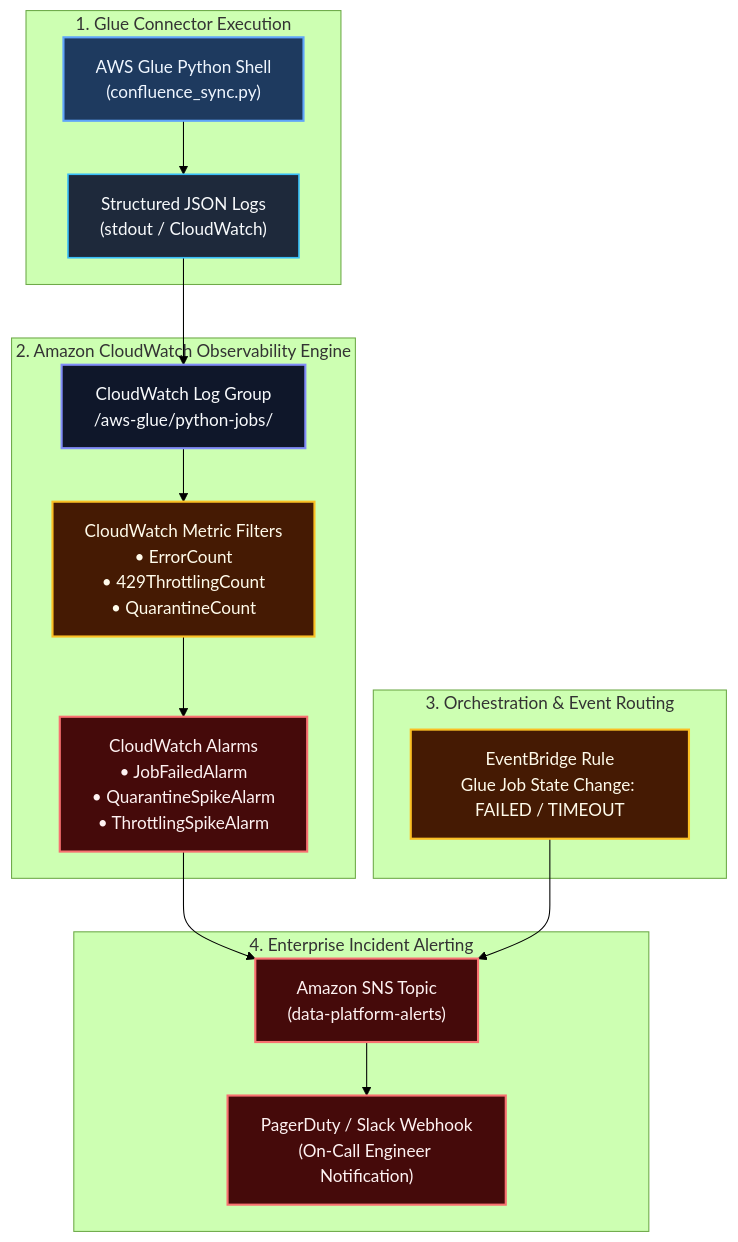
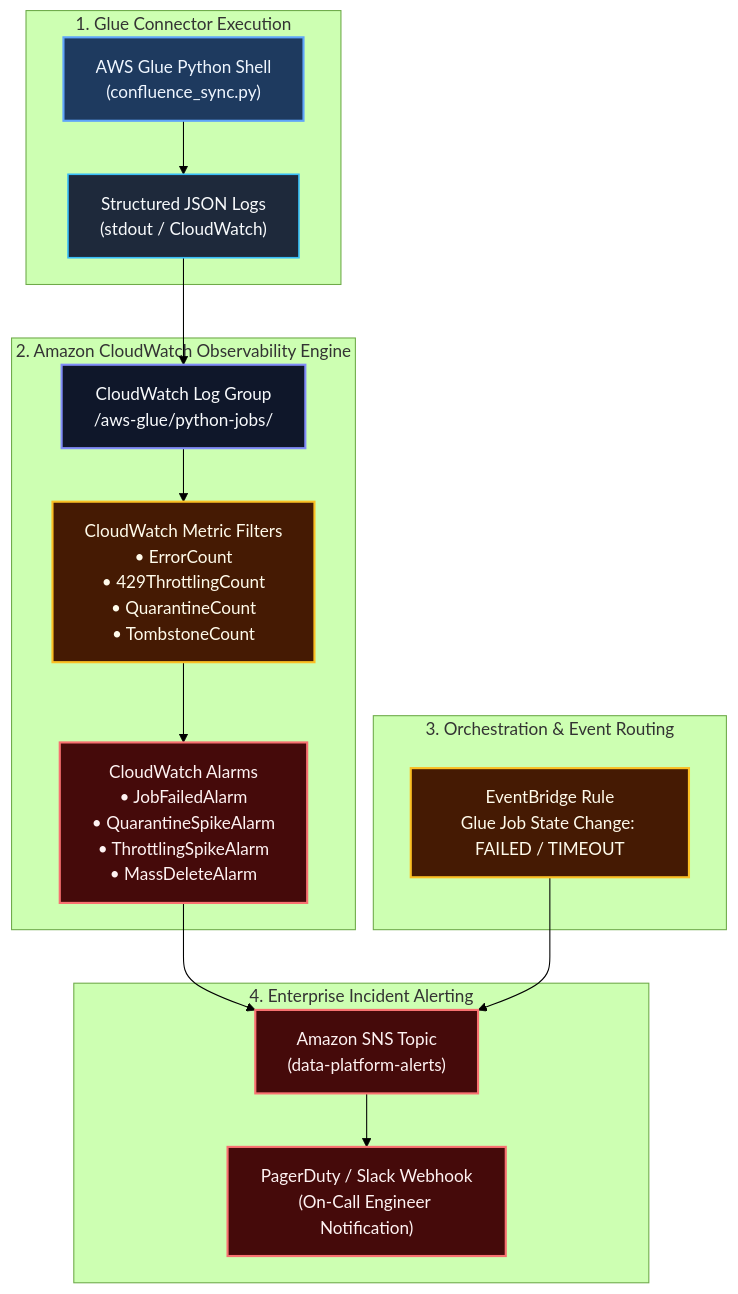
The ninth of 9 diagrams in docs/architecture/glue_connectors/02_confluence_connector.md (toanbui626391/data_ai_engineer), drawn with Mermaid (forest theme) before and after one commit. The commit also changed other lines of this file and 22 other files, not shown here.

````diff
--- a/docs/architecture/glue_connectors/02_confluence_connector.md
+++ b/docs/architecture/glue_connectors/02_confluence_connector.md
@@ -267,39 +816,39 @@
 ```mermaid
 flowchart TD
     %% ── Universal Contrast Palette (Light & Dark Mode Safe) ──
     classDef default fill:#1e293b,stroke:#38bdf8,stroke-width:1.5px,color:#f8fafc;
     classDef brain fill:#1e3a5f,stroke:#60a5fa,stroke-width:2px,color:#eff6ff;
     classDef storage fill:#0f172a,stroke:#818cf8,stroke-width:2px,color:#f8fafc;
     classDef decision fill:#451a03,stroke:#fbbf24,stroke-width:2px,color:#fffbeb;
     classDef guard fill:#450a0a,stroke:#f87171,stroke-width:2px,color:#fef2f2;
     classDef success fill:#064e3b,stroke:#34d399,stroke-width:2px,color:#ecfdf5;
 
     subgraph GlueJob ["1. Glue Connector Execution"]
         Job["AWS Glue Python Shell<br/>(confluence_sync.py)"]:::brain
         Logs["Structured JSON Logs<br/>(stdout / CloudWatch)"]:::default
         Job --> Logs
     end
 
     subgraph CloudWatch ["2. Amazon CloudWatch Observability Engine"]
         CWLogs["CloudWatch Log Group<br/>/aws-glue/python-jobs/"]:::storage
-        MetricFilter["CloudWatch Metric Filters<br/>• ErrorCount<br/>• 429ThrottlingCount<br/>• QuarantineCount"]:::decision
-        Alarms["CloudWatch Alarms<br/>• JobFailedAlarm<br/>• QuarantineSpikeAlarm<br/>• ThrottlingSpikeAlarm"]:::guard
+        MetricFilter["CloudWatch Metric Filters<br/>• ErrorCount<br/>• 429ThrottlingCount<br/>• QuarantineCount<br/>• TombstoneCount"]:::decision
+        Alarms["CloudWatch Alarms<br/>• JobFailedAlarm<br/>• QuarantineSpikeAlarm<br/>• ThrottlingSpikeAlarm<br/>• MassDeleteAlarm"]:::guard
         
         Logs --> CWLogs
         CWLogs --> MetricFilter
         MetricFilter --> Alarms
     end
 
     subgraph EventBridge ["3. Orchestration & Event Routing"]
         GlueEvents["EventBridge Rule<br/>Glue Job State Change: FAILED / TIMEOUT"]:::decision
     end
 
     subgraph Notification ["4. Enterprise Incident Alerting"]
         SNS["Amazon SNS Topic<br/>(data-platform-alerts)"]:::guard
         PagerDuty["PagerDuty / Slack Webhook<br/>(On-Call Engineer Notification)"]:::guard
         
         Alarms --> SNS
         GlueEvents --> SNS
         SNS --> PagerDuty
     end
 ```
````
